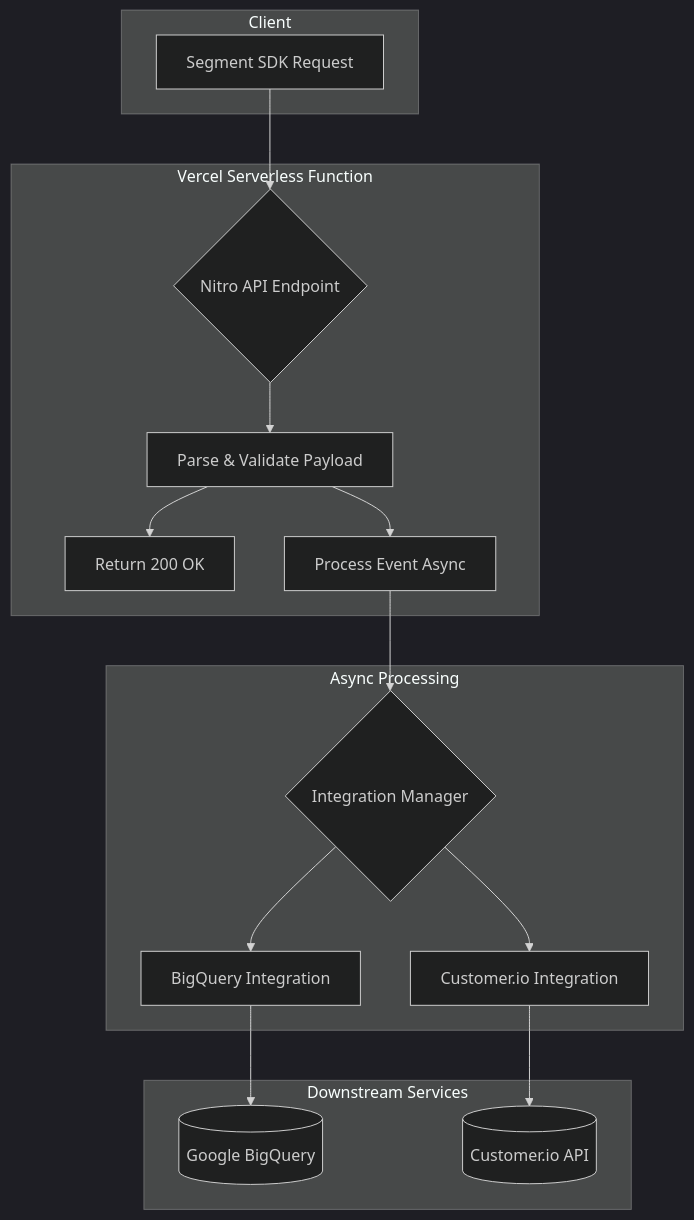
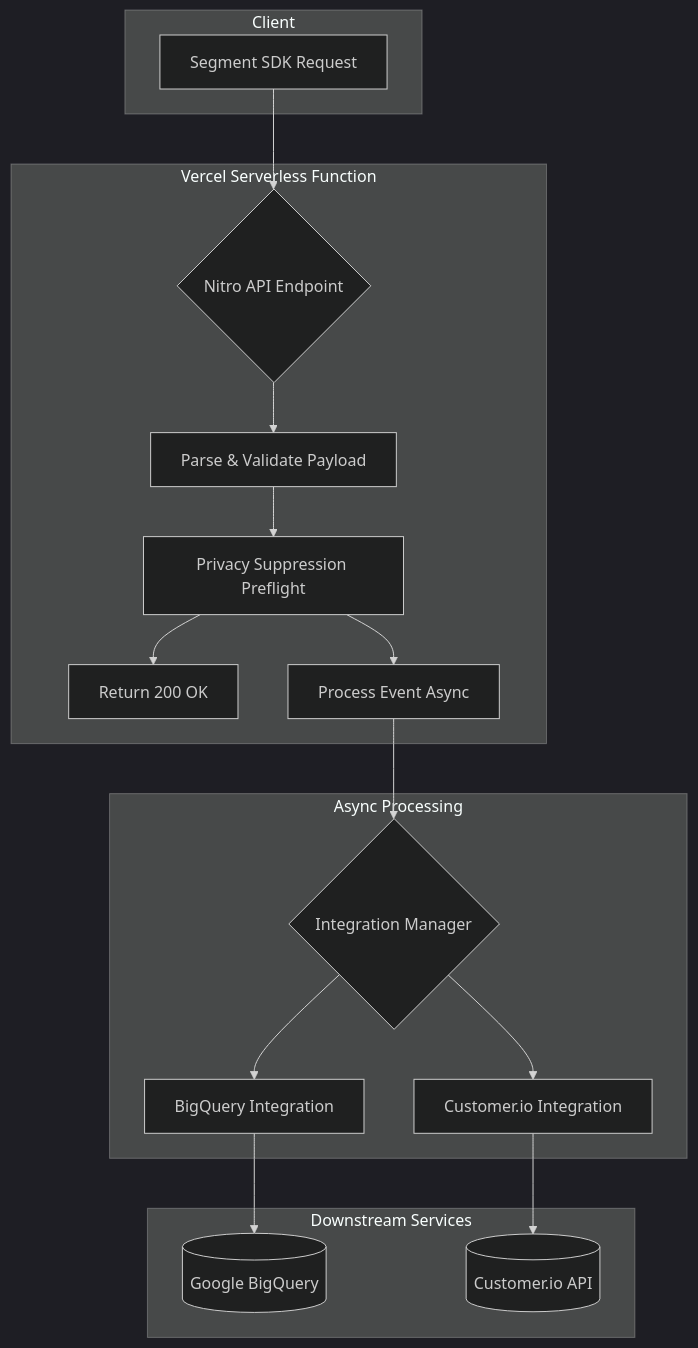
One commit to maccman/opentrack changed the diagram in README.md. Above: the diagram before and after it, drawn with Mermaid (dark theme). The commit also changed other lines of this file and 46 other files, not shown here.

````diff
--- a/README.md
+++ b/README.md
@@ -75,24 +75,25 @@
 ```mermaid
 graph TD
     subgraph "Client"
         A["Segment SDK Request"]
     end
 
     subgraph "Vercel Serverless Function"
         A --> B{Nitro API Endpoint}
         B --> C["Parse & Validate Payload"]
-        C --> D["Return 200 OK"]
-        C --> E["Process Event Async"]
+        C --> D["Privacy Suppression Preflight"]
+        D --> E["Return 200 OK"]
+        D --> F["Process Event Async"]
     end
 
     subgraph "Async Processing"
-        E --> F{Integration Manager}
-        F --> G[BigQuery Integration]
-        F --> H[Customer.io Integration]
+        F --> G{Integration Manager}
+        G --> H[BigQuery Integration]
+        G --> I[Customer.io Integration]
     end
 
     subgraph "Downstream Services"
-        G --> J[(Google BigQuery)]
-        H --> K[(Customer.io API)]
+        H --> J[(Google BigQuery)]
+        I --> K[(Customer.io API)]
     end
 ```
````
